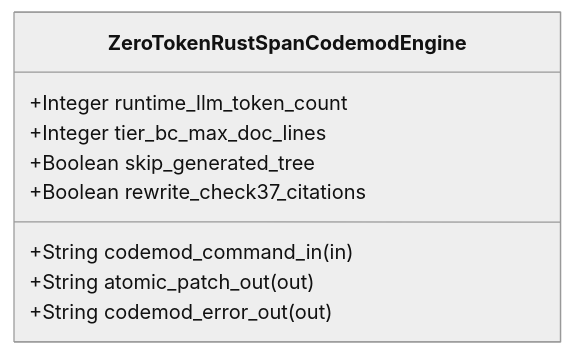
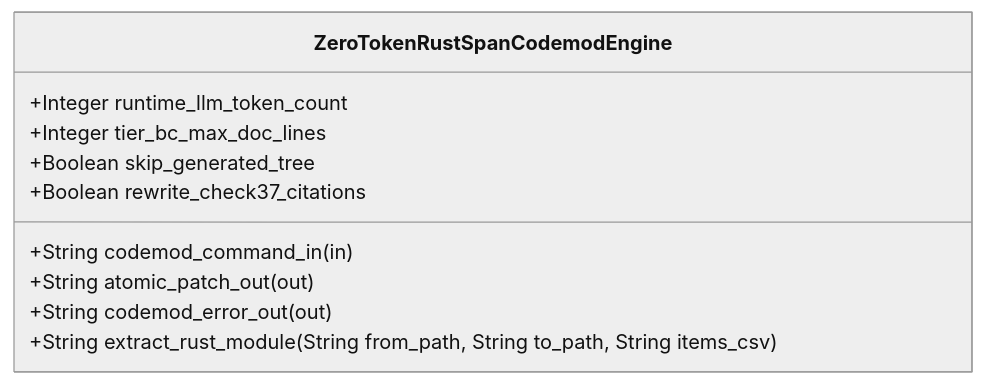
Before and after one commit to gintatkinson/DEAP01-spec-core: the diagram in .pipeline/upstream/docs/features/FEAT-40-ZeroTokenRustSpanCodemodEngine.md, drawn with Mermaid (neutral theme). The commit also changed other lines of this file and 225 other files, not shown here.

````diff
--- a/.pipeline/upstream/docs/features/FEAT-40-ZeroTokenRustSpanCodemodEngine.md
+++ b/.pipeline/upstream/docs/features/FEAT-40-ZeroTokenRustSpanCodemodEngine.md
@@ -16,12 +16,13 @@
 ```mermaid
 classDiagram
     class ZeroTokenRustSpanCodemodEngine {
         +String codemod_command_in (in)
         +String atomic_patch_out (out)
         +String codemod_error_out (out)
         +Integer runtime_llm_token_count
         +Integer tier_bc_max_doc_lines
         +Boolean skip_generated_tree
         +Boolean rewrite_check37_citations
+        +String extract_rust_module(String from_path, String to_path, String items_csv)
     }
 ```
````
